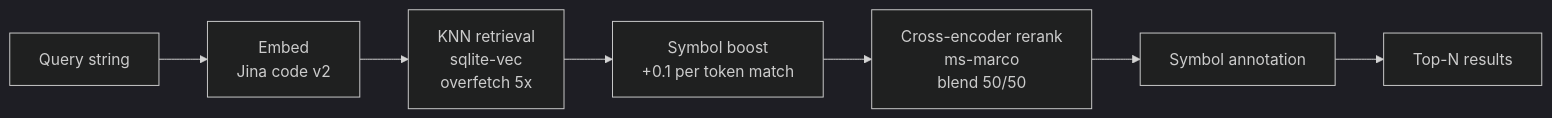
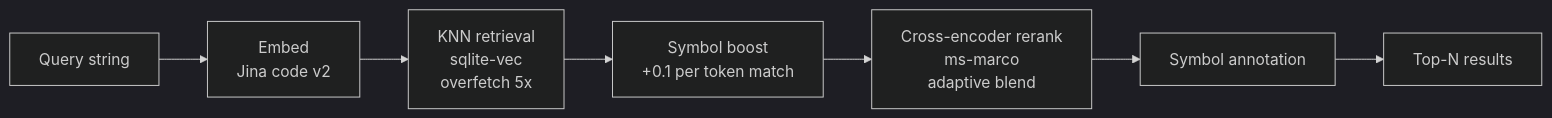
Before and after one commit to iliaal/codesage: the second of 3 diagrams in README.md, drawn with Mermaid (dark theme). The commit also changed other lines of this file and 3 other files, not shown here.

````diff
--- a/README.md
+++ b/README.md
@@ -419,9 +419,9 @@
 ```mermaid
 flowchart LR
     Q[Query string] --> E[Embed<br/>Jina code v2]
     E --> K[KNN retrieval<br/>sqlite-vec<br/>overfetch 5x]
     K --> B[Symbol boost<br/>+0.1 per token match]
-    B --> R[Cross-encoder rerank<br/>ms-marco<br/>blend 50/50]
+    B --> R[Cross-encoder rerank<br/>ms-marco<br/>adaptive blend]
     R --> A[Symbol annotation]
     A --> T[Top-N results]
 ```
````
